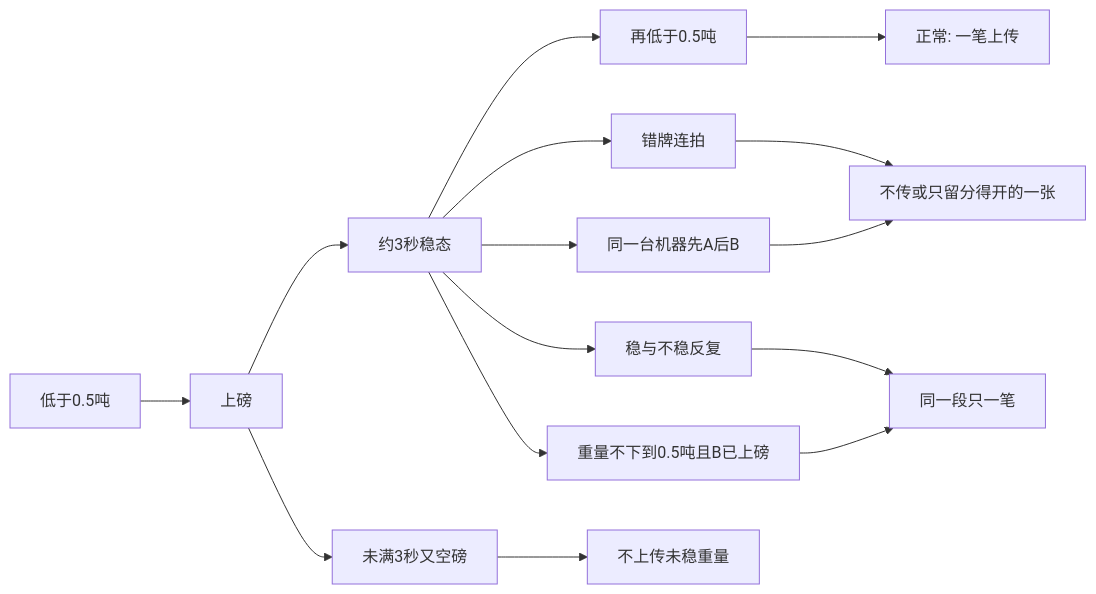
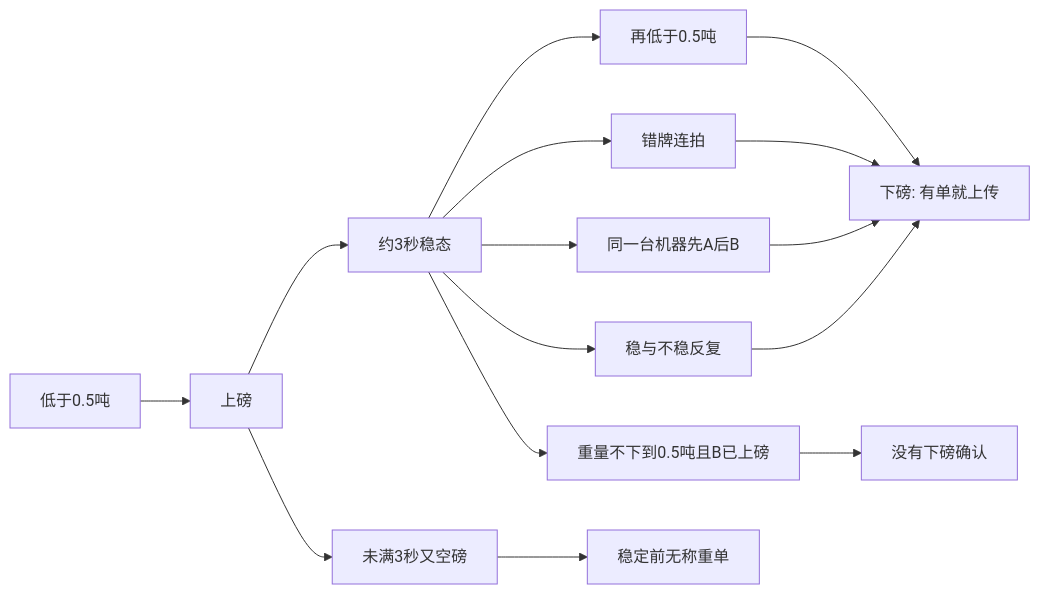
Before and after one commit to feewillowherb/MaterialMonospec: the first of 5 diagrams in docs/2026-11-10-urban-busy-weighing-upload-on-stable/03-模式时序与图表.md, drawn with Mermaid. The commit also changed other lines of this file and 20 other files, not shown here.

````diff
--- a/docs/2026-11-10-urban-busy-weighing-upload-on-stable/03-模式时序与图表.md
+++ b/docs/2026-11-10-urban-busy-weighing-upload-on-stable/03-模式时序与图表.md
@@ -20,17 +22,17 @@
 ```mermaid
 flowchart LR
   empty[低于0.5吨] --> rise[上磅]
   rise --> stable[约3秒稳态]
   stable --> leave[再低于0.5吨]
-  leave --> oneUpload[正常: 一笔上传]
+  leave --> oneUpload[下磅: 有单就上传]
   stable --> misread[错牌连拍]
   stable --> bothPlates[同一台机器先A后B]
   rise --> abort[未满3秒又空磅]
   stable --> jitter[稳与不稳反复]
   stable --> overlap[重量不下到0.5吨且B已上磅]
-  misread --> hold[不传或只留分得开的一张]
-  bothPlates --> hold
-  abort --> noBill[不上传未稳重量]
-  jitter --> once[同一段只一笔]
-  overlap --> once
+  misread --> oneUpload
+  bothPlates --> oneUpload
+  abort --> noBill[稳定前无称重单]
+  jitter --> oneUpload
+  overlap --> stuck[没有下磅确认]
 ```
````
